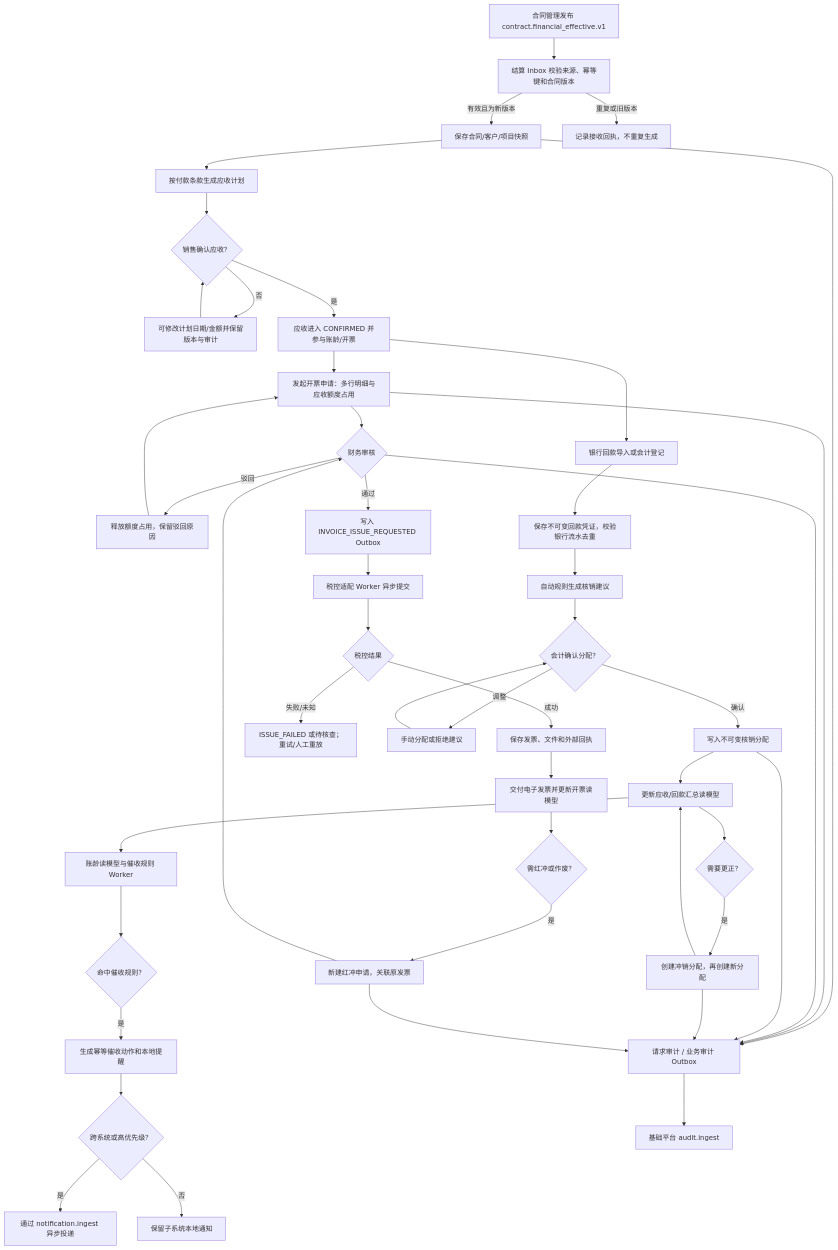
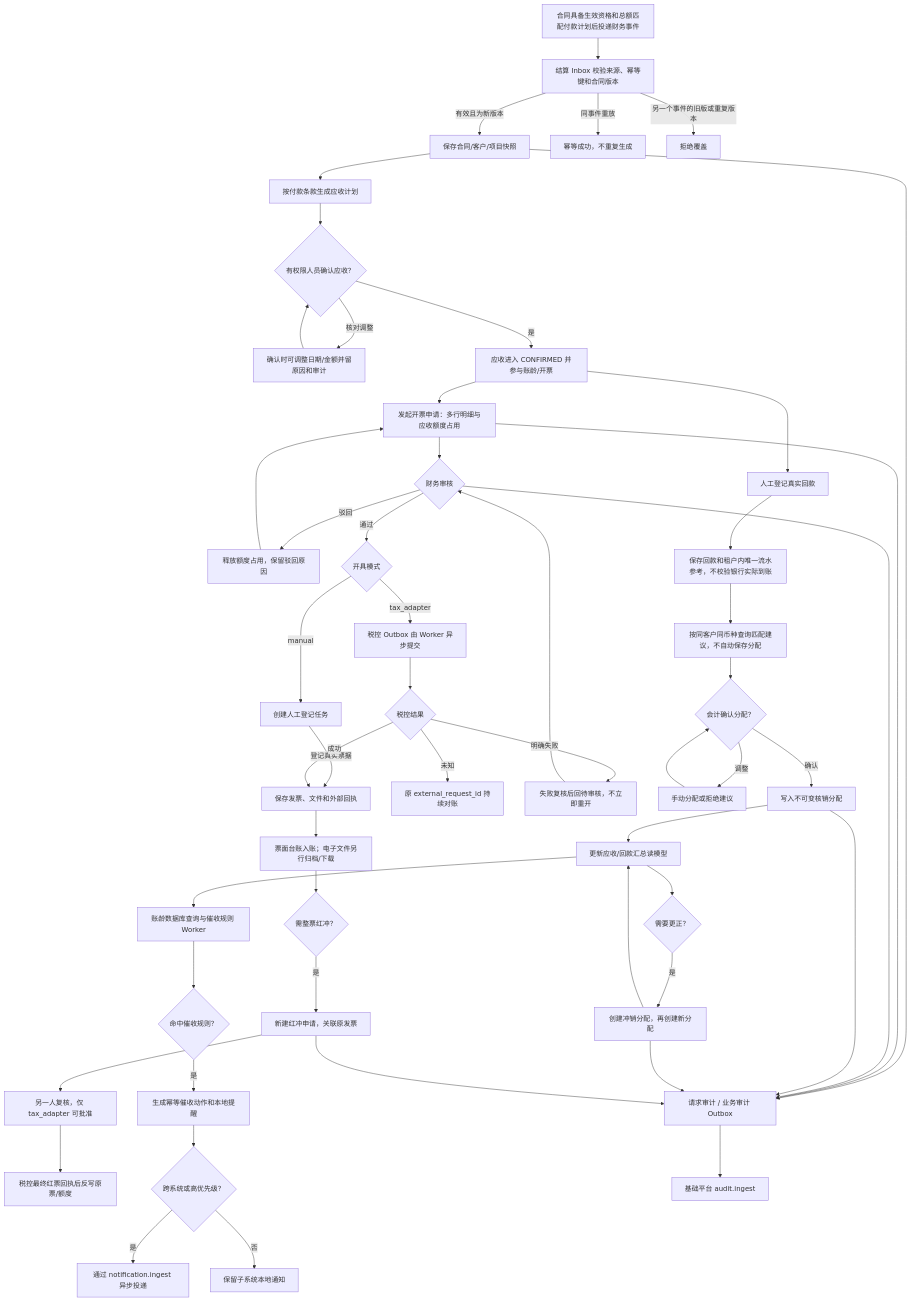
One commit to J-S-Te/Settlement changed the diagram in 流程图/结算与开票管理子系统业务流程图.md. Above: the diagram before and after it, drawn with Mermaid. The commit also changed other lines of this file and 107 other files, not shown here.

````diff
--- a/流程图/结算与开票管理子系统业务流程图.md
+++ b/流程图/结算与开票管理子系统业务流程图.md
@@ -3,52 +5,58 @@
 ```mermaid
 flowchart TD
-    A[合同管理发布 contract.financial_effective.v1] --> B[结算 Inbox 校验来源、幂等键和合同版本]
+    A[合同具备生效资格和总额匹配付款计划后投递财务事件] --> B[结算 Inbox 校验来源、幂等键和合同版本]
     B -->|有效且为新版本| C[保存合同/客户/项目快照]
-    B -->|重复或旧版本| B1[记录接收回执，不重复生成]
+    B -->|同事件重放| B1[幂等成功，不重复生成]
+    B -->|另一个事件的旧版或重复版本| B2[拒绝覆盖]
     C --> D[按付款条款生成应收计划]
-    D --> E{销售确认应收？}
-    E -->|否| E1[可修改计划日期/金额并保留版本与审计]
+    D --> E{有权限人员确认应收？}
+    E -->|核对调整| E1[确认时可调整日期/金额并留原因和审计]
     E1 --> E
     E -->|是| F[应收进入 CONFIRMED 并参与账龄/开票]
 
     F --> G[发起开票申请：多行明细与应收额度占用]
     G --> H{财务审核}
     H -->|驳回| H1[释放额度占用，保留驳回原因]
     H1 --> G
-    H -->|通过| I[写入 INVOICE_ISSUE_REQUESTED Outbox]
-    I --> J[税控适配 Worker 异步提交]
+    H -->|通过| I{开具模式}
+    I -->|manual| I1[创建人工登记任务]
+    I1 -->|登记真实票据| L
+    I -->|tax_adapter| J[税控 Outbox 由 Worker 异步提交]
     J --> K{税控结果}
     K -->|成功| L[保存发票、文件和外部回执]
-    K -->|失败/未知| M[ISSUE_FAILED 或待核查；重试/人工重放]
-    L --> N[交付电子发票并更新开票读模型]
-    N --> O{需红冲或作废？}
+    K -->|未知| M[原 external_request_id 持续对账]
+    K -->|明确失败| M1[失败复核后回待审核，不立即重开]
+    M1 --> H
+    L --> N[票面台账入账；电子文件另行归档/下载]
+    N --> O{需整票红冲？}
     O -->|是| P[新建红冲申请，关联原发票]
-    P --> H
+    P --> P1[另一人复核，仅 tax_adapter 可批准]
+    P1 --> P2[税控最终红票回执后反写原票/额度]
 
-    F --> Q[银行回款导入或会计登记]
-    Q --> R[保存不可变回款凭证，校验银行流水去重]
-    R --> S[自动规则生成核销建议]
+    F --> Q[人工登记真实回款]
+    Q --> R[保存回款和租户内唯一流水参考，不校验银行实际到账]
+    R --> S[按同客户同币种查询匹配建议，不自动保存分配]
     S --> T{会计确认分配？}
     T -->|调整| T1[手动分配或拒绝建议]
     T1 --> T
     T -->|确认| U[写入不可变核销分配]
     U --> V[更新应收/回款汇总读模型]
     V --> W{需要更正？}
     W -->|是| X[创建冲销分配，再创建新分配]
     X --> V
 
-    V --> Y[账龄读模型与催收规则 Worker]
+    V --> Y[账龄数据库查询与催收规则 Worker]
     Y --> Z{命中催收规则？}
     Z -->|是| AA[生成幂等催收动作和本地提醒]
     AA --> AB{跨系统或高优先级？}
     AB -->|是| AC[通过 notification.ingest 异步投递]
     AB -->|否| AD[保留子系统本地通知]
 
     C --> AE[请求审计 / 业务审计 Outbox]
     G --> AE
     H --> AE
     U --> AE
     X --> AE
     P --> AE
     AE --> AF[基础平台 audit.ingest]
 ```
````
